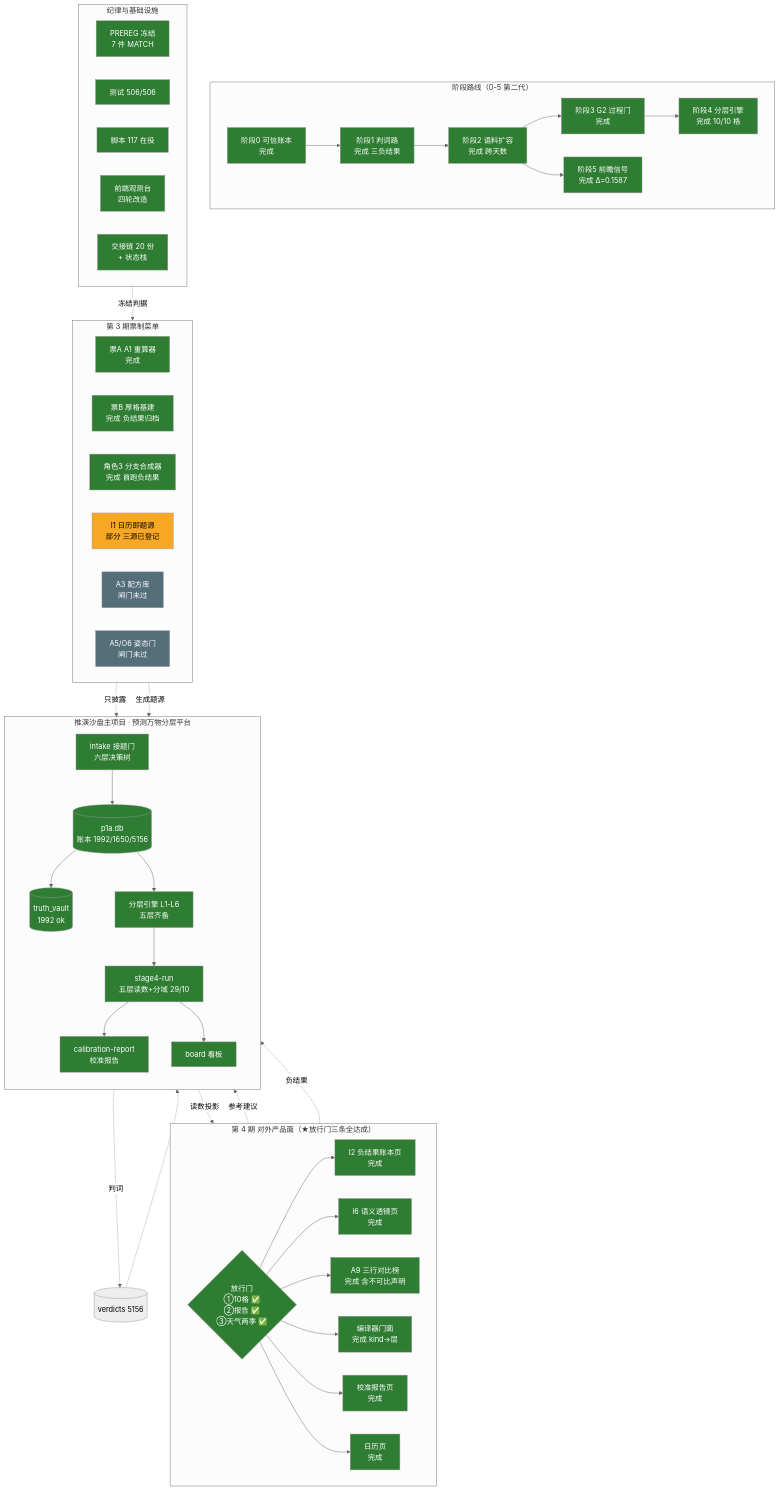
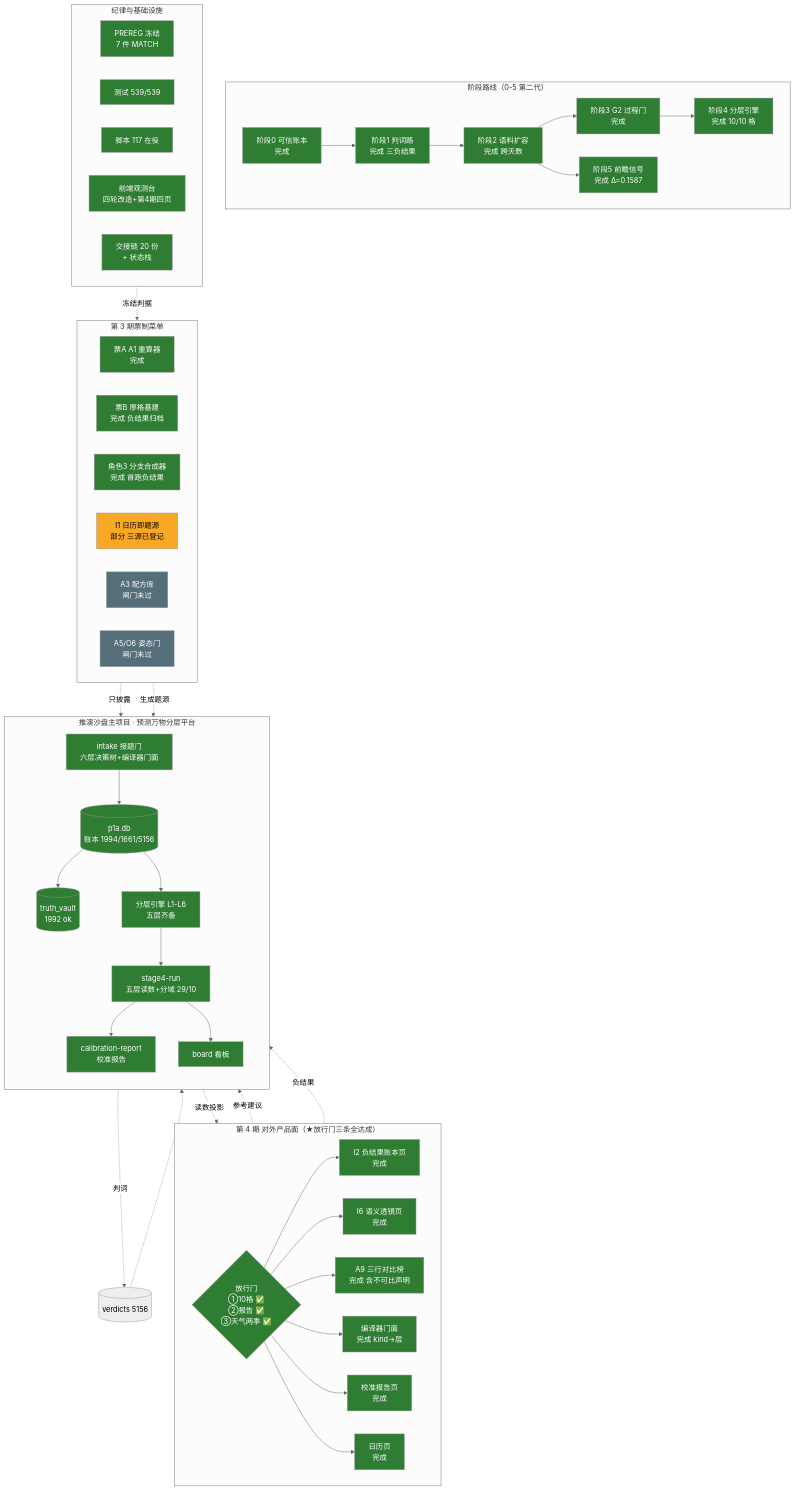
Before and after one commit to rui08984-dot/tuiyan-sandbox: the diagram in architecture.mmd, drawn with Mermaid (neutral theme). The commit also changed 1 other file, not shown here.

Commit message:
09-22 批：同步看板与依赖图（测试 533→539、账本 1650→1661、交接链 20→21 份）
【核出的过期项】
- progress.md：测试标记 533/533 → **539/539**；交接链行「20 份（第 20＝唯一入口）＋锚 p29＋留痕 §101＋地图 §69」→ **21 份（第 21＝唯一入口，已原位刷新到 09-22）＋锚 p32（17 批）＋p19 索引 147 块＋留痕 §108＋地图 §76＋记忆库已同步**
- architecture.mmd：测试 506→**539**；账本 1992/1650→**1994/1661**；intake 节点补「+编译器门面」；UI 节点补「+第4期四页」
- dashboard.html：重新生成（539/539、1661、p32 均已入）

【验证】dashboard 实测含 539/539 与 1661；工作区干净

```diff
--- a/architecture.mmd
+++ b/architecture.mmd
@@ -1,82 +1,82 @@
 flowchart TB
     subgraph MAIN["推演沙盘主项目 · 预测万物分层平台"]
         direction TB
-        LEDGER[("p1a.db<br/>账本 1992/1650/5156")]
+        LEDGER[("p1a.db<br/>账本 1994/1661/5156")]
         VAULT[("truth_vault<br/>1992 ok")]
-        INTAKE["intake 接题门<br/>六层决策树"]
+        INTAKE["intake 接题门<br/>六层决策树+编译器门面"]
         ENGINES["分层引擎 L1-L6<br/>五层齐备"]
         STAGE4["stage4-run<br/>五层读数+分域 29/10"]
         CAL["calibration-report<br/>校准报告"]
         BOARD["board 看板"]
         LEDGER --> VAULT
         LEDGER --> ENGINES
         INTAKE --> LEDGER
         ENGINES --> STAGE4
         STAGE4 --> CAL
         STAGE4 --> BOARD
     end
 
     subgraph PHASE["阶段路线（0-5 第二代）"]
         direction LR
         P0["阶段0 可信账本<br/>完成"]
         P1["阶段1 判词路<br/>完成 三负结果"]
         P2["阶段2 语料扩容<br/>完成 跨天数"]
         P3["阶段3 G2 过程门<br/>完成"]
         P4["阶段4 分层引擎<br/>完成 10/10 格"]
         P5["阶段5 前瞻信号<br/>完成 Δ=0.1587"]
         P0 --> P1 --> P2 --> P3 --> P4
         P2 --> P5
     end
 
     subgraph TICKET["第 3 期票制菜单"]
         direction LR
         A1["票A A1 重算器<br/>完成"]
         TB["票B 厚格基建<br/>完成 负结果归档"]
         R3["角色3 分支合成器<br/>完成 首跑负结果"]
         I1["I1 日历即题源<br/>部分 三源已登记"]
         A3["A3 配方库<br/>闸门未过"]
         A5["A5/O6 姿态门<br/>闸门未过"]
     end
 
     subgraph P4F["第 4 期 对外产品面（★放行门三条全达成）"]
         direction LR
         GATE{"放行门<br/>①10格 ✅<br/>②报告 ✅<br/>③天气两季 ✅"}
         F1["I2 负结果账本页<br/>完成"]
         F2["I6 语义透镜页<br/>完成"]
         F3["A9 三行对比榜<br/>完成 含不可比声明"]
         F4["编译器门面<br/>完成 kind→层"]
         F5["校准报告页<br/>完成"]
         F6["日历页<br/>完成"]
         GATE --> F1
         GATE --> F2
         GATE --> F3
         GATE --> F4
         GATE --> F5
         GATE --> F6
     end
 
     subgraph INFRA["纪律与基础设施"]
         direction LR
         PREREG["PREREG 冻结<br/>7 件 MATCH"]
-        TEST["测试 506/506"]
+        TEST["测试 539/539"]
         SCRIPTS["脚本 117 在役"]
-        UI["前端观测台<br/>四轮改造"]
+        UI["前端观测台<br/>四轮改造+第4期四页"]
         HANDOFF["交接链 20 份<br/>+ 状态栈"]
     end
 
     ENGINES -.->|"判词"| VERD[("verdicts 5156")]
     VERD -.-> STAGE4
     PREREG -.->|"冻结判据"| R3
     R3 -.->|"只披露"| BOARD
     I1 -.->|"生成题源"| INTAKE
     STAGE4 -.->|"读数投影"| GATE
     F4 -.->|"参考建议"| INTAKE
     F1 -.->|"负结果"| BOARD
 
     classDef done fill:#2e7d32,color:#fff
     classDef doing fill:#f9a825,color:#000
     classDef notstarted fill:#546e7a,color:#fff
 
     class P0,P1,P2,P3,P4,P5,A1,TB,R3,LEDGER,VAULT,INTAKE,ENGINES,STAGE4,CAL,BOARD,PREREG,TEST,SCRIPTS,UI,HANDOFF,GATE,F1,F2,F3,F4,F5,F6 done
     class I1 doing
     class A3,A5 notstarted
```
